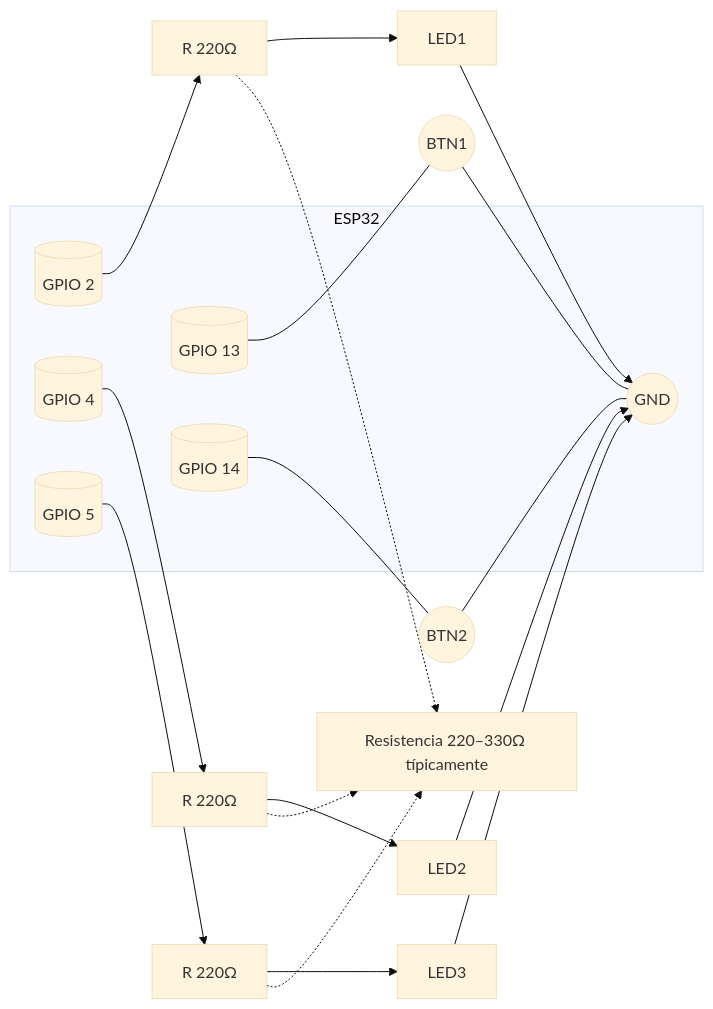
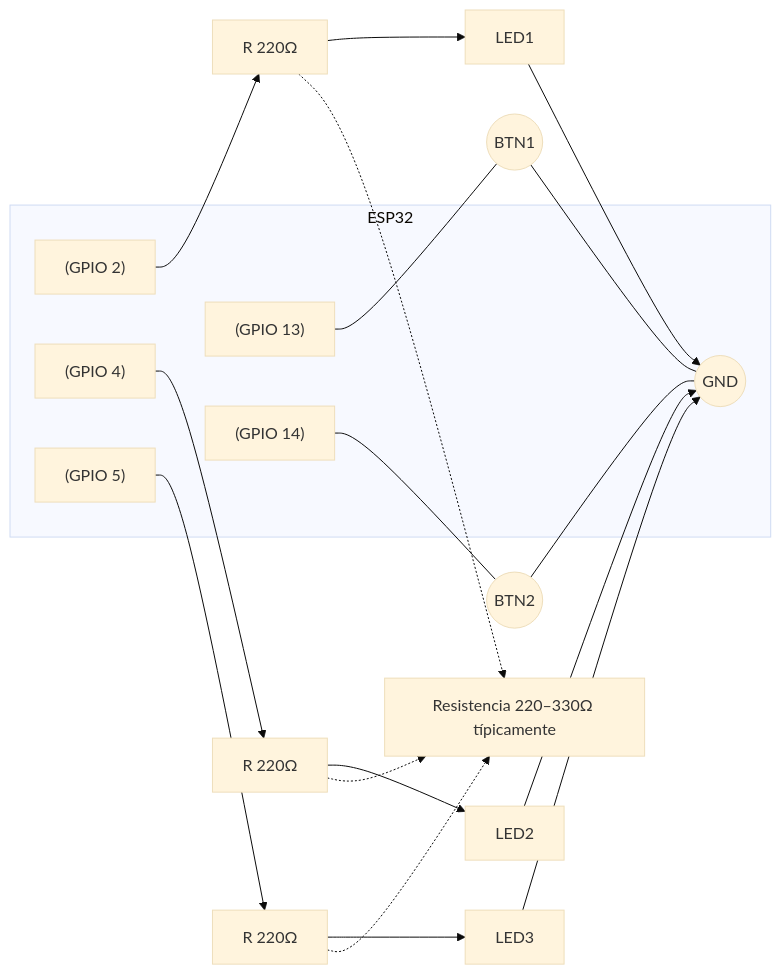
The diagram in MicroPython/ESP32/P1/assets/wiring.mmd (EU97/SISELA-Init), drawn with Mermaid (base theme) before and after one commit. The commit also changed 38 other files, not shown here.

Commit message:
chore: add mermaid-cli as a dependency in package.json

```diff
--- a/MicroPython/ESP32/P1/assets/wiring.mmd
+++ b/MicroPython/ESP32/P1/assets/wiring.mmd
@@ -1,33 +1,33 @@
 %% Diagrama de cableado (Mermaid) — ESP32 P1
 %% Nota: Este es un diagrama lógico/simbólico, no a escala.
 %% Renderízalo en GitHub o con una extensión Mermaid en VS Code.
 
 graph LR
   subgraph ESP32
-    GPIO2[(GPIO 2)]
-    GPIO4[(GPIO 4)]
-    GPIO5[(GPIO 5)]
-    GPIO13[(GPIO 13)]
-    GPIO14[(GPIO 14)]
+    GPIO2["(GPIO 2)"]
+    GPIO4["(GPIO 4)"]
+    GPIO5["(GPIO 5)"]
+    GPIO13["(GPIO 13)"]
+    GPIO14["(GPIO 14)"]
     GND((GND))
   end
 
   %% LEDs con resistencias en serie hacia GND (LED activo-alto)
   GPIO2 --> R1[R 220Ω] --> D1[LED1]
   D1 --> GND
 
   GPIO4 --> R2[R 220Ω] --> D2[LED2]
   D2 --> GND
 
   GPIO5 --> R3[R 220Ω] --> D3[LED3]
   D3 --> GND
 
   %% Botones con pull-up interno: botón entre GPIO y GND
   GPIO13 --- SW1((BTN1)) --- GND
   GPIO14 --- SW2((BTN2)) --- GND
 
   %% Notas
   note1["Resistencia 220–330Ω típicamente"]
   R1 -.-> note1
   R2 -.-> note1
   R3 -.-> note1
```
